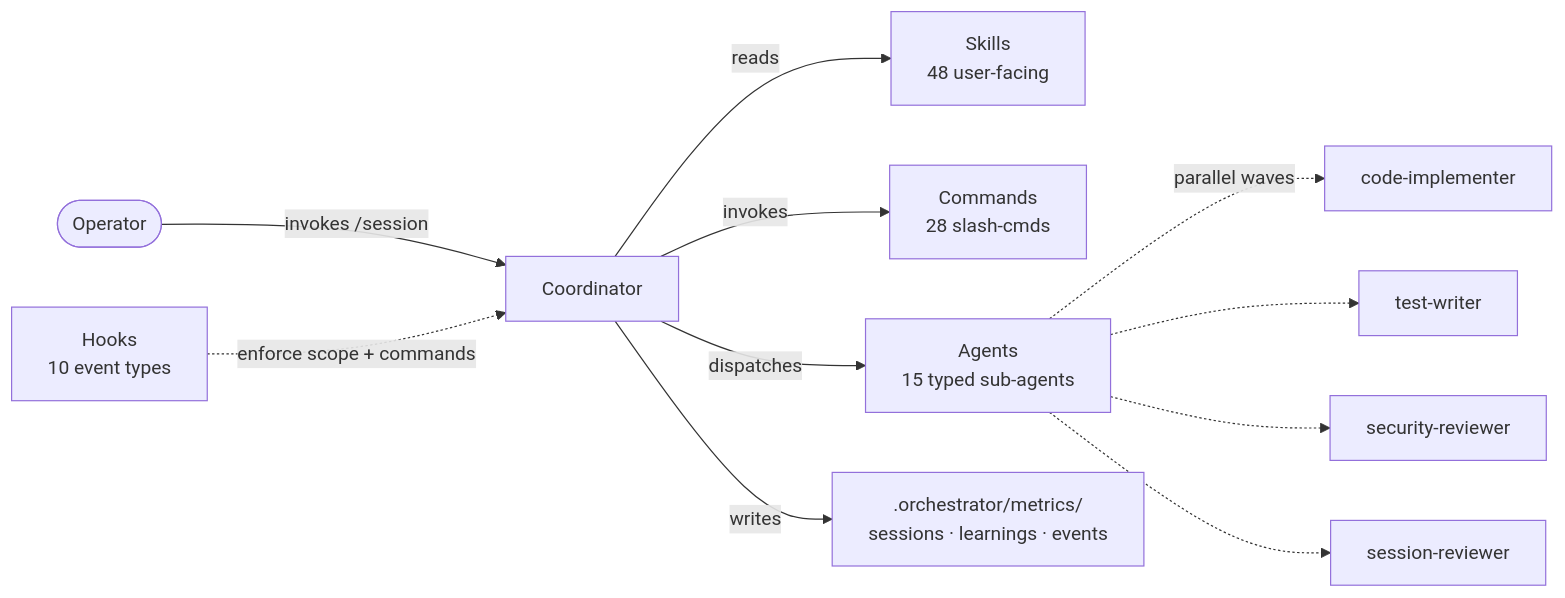
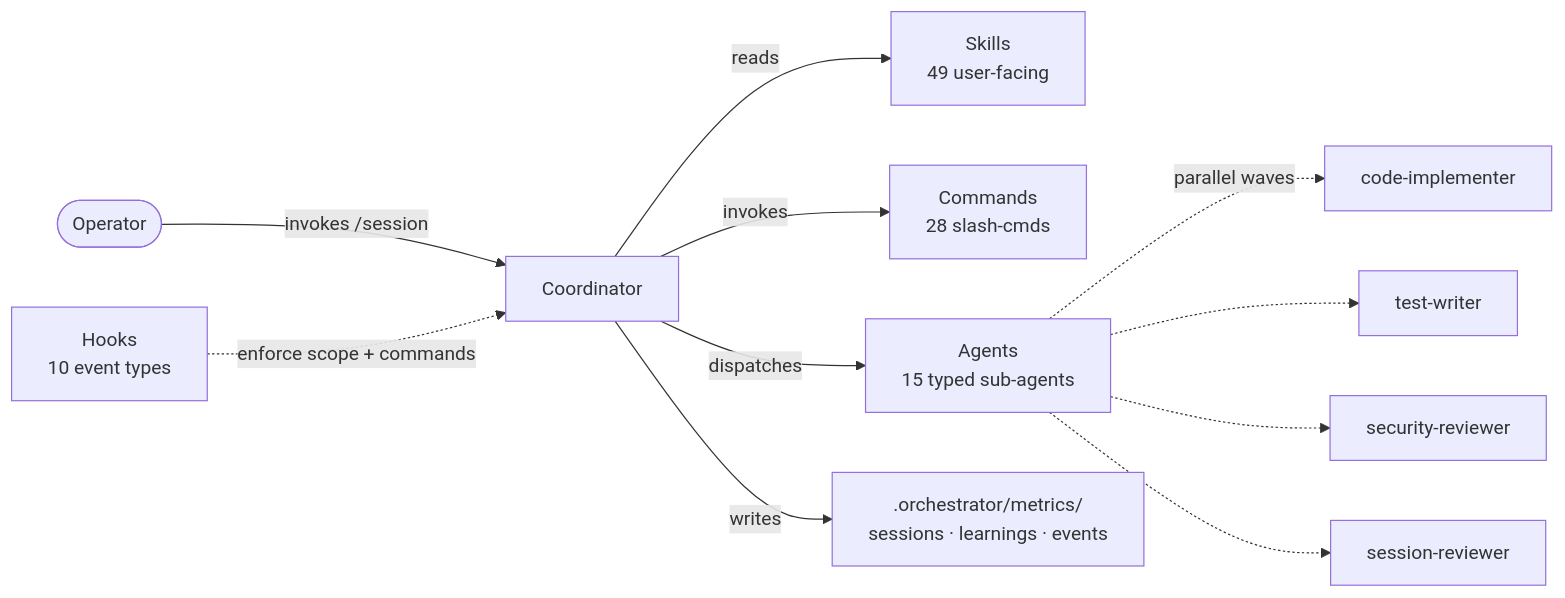
The diagram in docs/components.md (Kanevry/session-orchestrator), drawn with Mermaid before and after one commit. The commit also changed other lines of this file and 42 other files, not shown here.

````diff
--- a/docs/components.md
+++ b/docs/components.md
@@ -7,13 +7,13 @@
 ```mermaid
 flowchart LR
     USER([Operator]) -->|invokes /session| COORD[Coordinator]
-    COORD -->|reads| SK[Skills<br/>48 user-facing]
+    COORD -->|reads| SK[Skills<br/>49 user-facing]
     COORD -->|invokes| CMD[Commands<br/>28 slash-cmds]
     COORD -->|dispatches| AG[Agents<br/>15 typed sub-agents]
     AG -.->|parallel waves| W1[code-implementer]
     AG -.-> W2[test-writer]
     AG -.-> W3[security-reviewer]
     AG -.-> W4[session-reviewer]
     HOOK[Hooks<br/>10 event types] -.->|enforce scope + commands| COORD
     COORD -->|writes| METRIC[.orchestrator/metrics/<br/>sessions · learnings · events]
 ```
````
